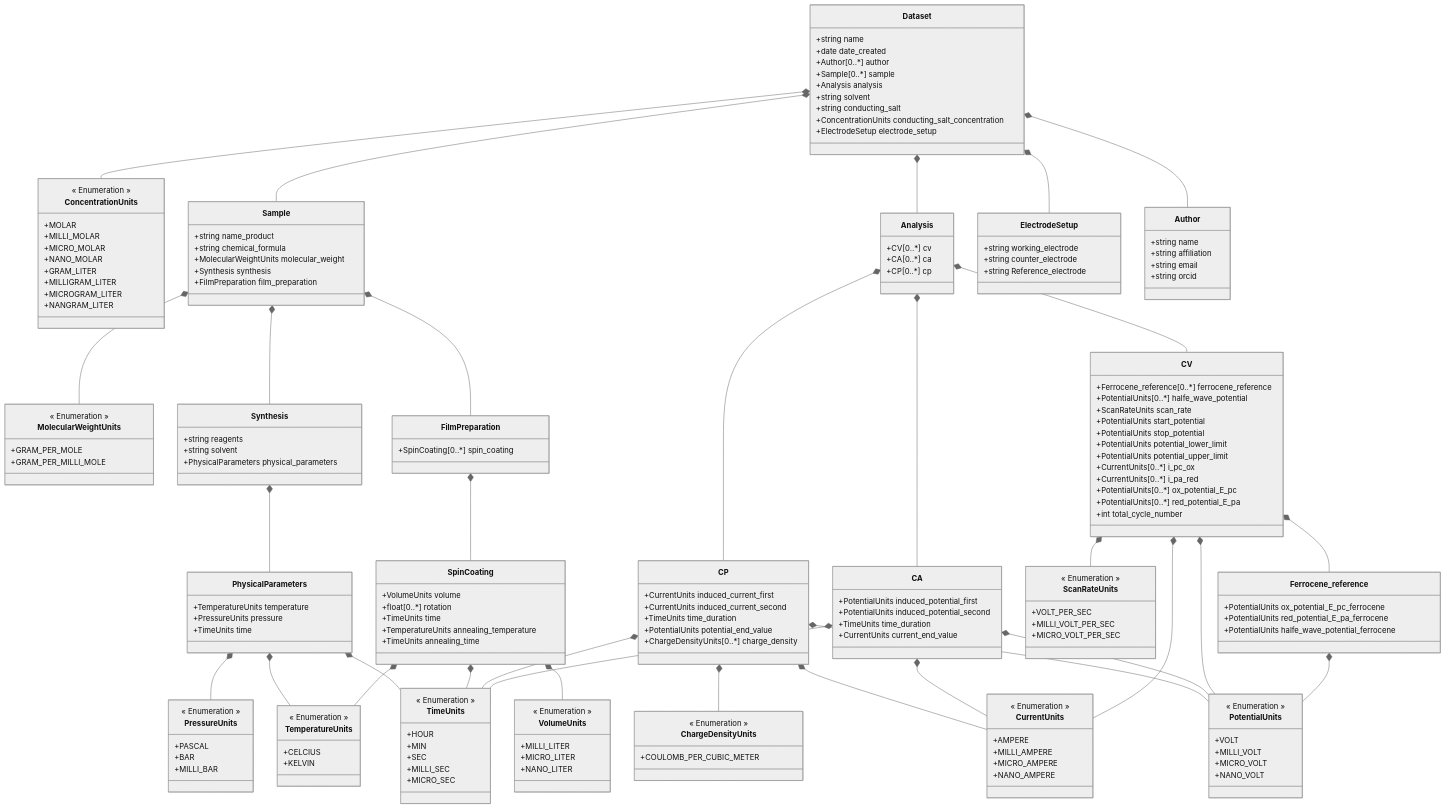
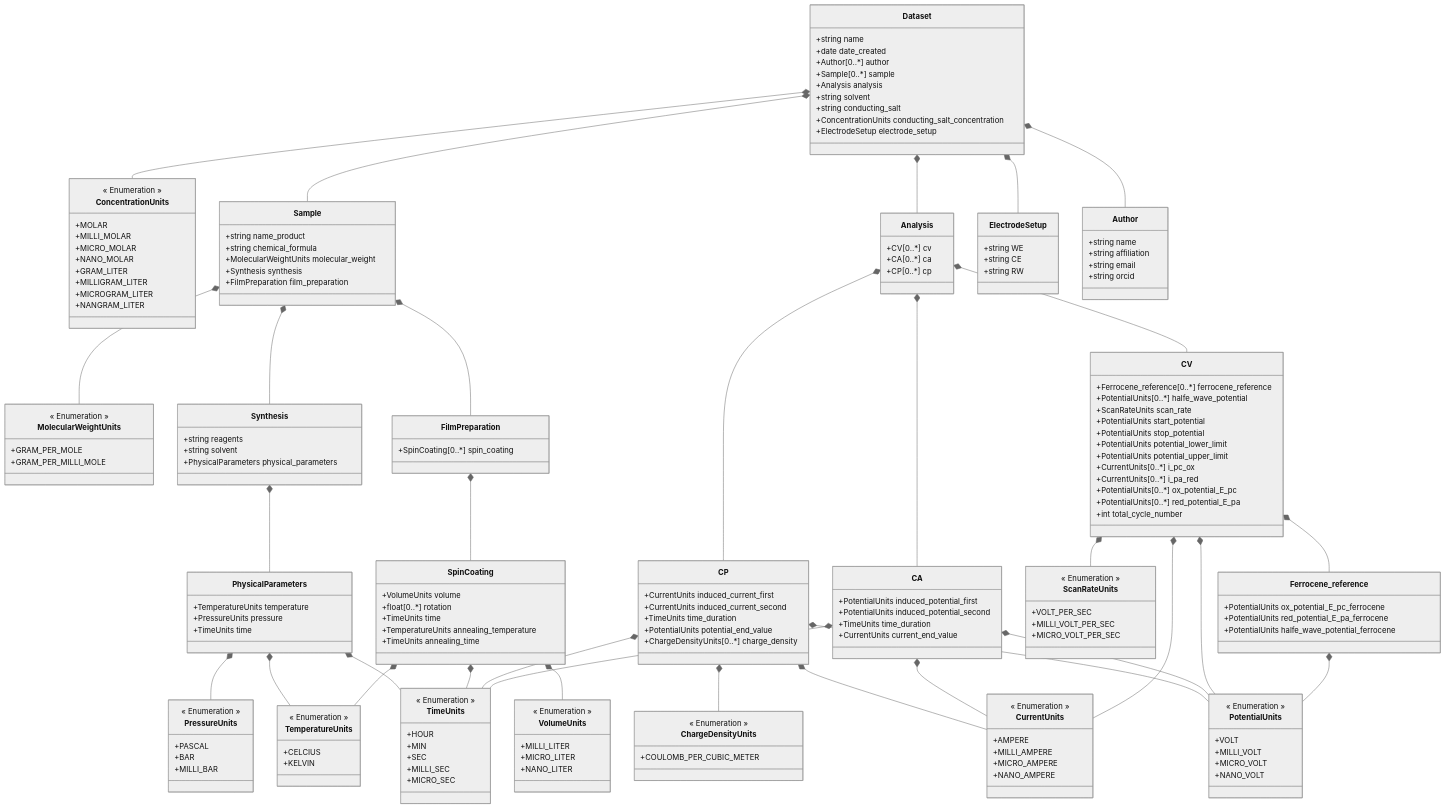
The diagram in ElectrochemistryDataModel/schemes/electrochemistrydatamodel_schema.md (FAIRChemistry/datamodel-electrochemistry), drawn with Mermaid (neutral theme) before and after one commit. The commit also changed 14 other files, not shown here.

```diff
--- a/ElectrochemistryDataModel/schemes/electrochemistrydatamodel_schema.md
+++ b/ElectrochemistryDataModel/schemes/electrochemistrydatamodel_schema.md
@@ -119,9 +119,9 @@
     }
     
     class ElectrodeSetup {
-        +string working_electrode
-        +string counter_electrode
-        +string Reference_electrode
+        +string WE
+        +string CE
+        +string RW
     }
     
     class Author {
```
